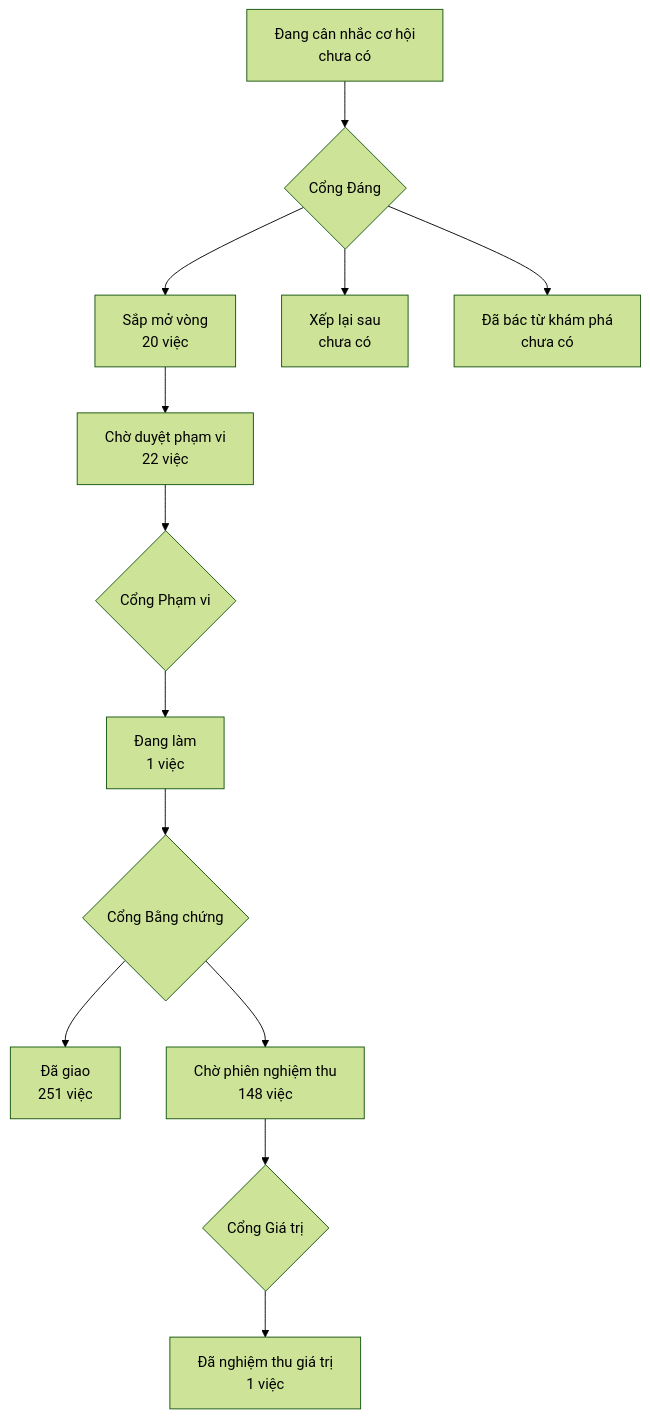
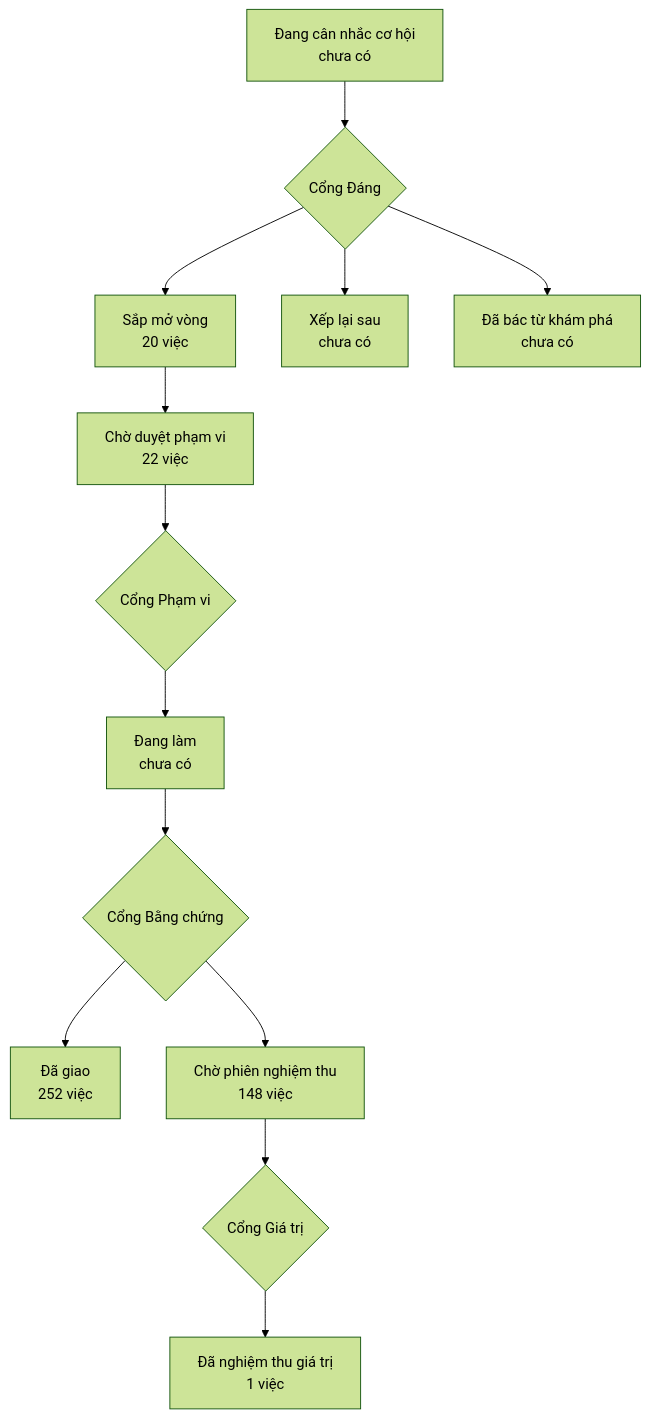
Before and after one commit to phanlemanh/onehub-invest: the diagram in PRODUCT-MAP.md, drawn with Mermaid (forest theme). The commit also changed other lines of this file and 7 other files, not shown here.

````diff
--- a/PRODUCT-MAP.md
+++ b/PRODUCT-MAP.md
@@ -7,12 +7,12 @@
 ```mermaid
 flowchart TD
   A["Đang cân nhắc cơ hội<br/>chưa có"] --> GD{"Cổng Đáng"}
   GD --> B["Sắp mở vòng<br/>20 việc"]
   GD --> XL["Xếp lại sau<br/>chưa có"]
   GD --> DB["Đã bác từ khám phá<br/>chưa có"]
   B --> CD["Chờ duyệt phạm vi<br/>22 việc"] --> GP{"Cổng Phạm vi"}
-  GP --> DL["Đang làm<br/>1 việc"] --> GB{"Cổng Bằng chứng"}
-  GB --> DG["Đã giao<br/>251 việc"]
+  GP --> DL["Đang làm<br/>chưa có"] --> GB{"Cổng Bằng chứng"}
+  GB --> DG["Đã giao<br/>252 việc"]
   GB --> CN["Chờ phiên nghiệm thu<br/>148 việc"] --> GG{"Cổng Giá trị"}
   GG --> NT["Đã nghiệm thu giá trị<br/>1 việc"]
 ```
````
